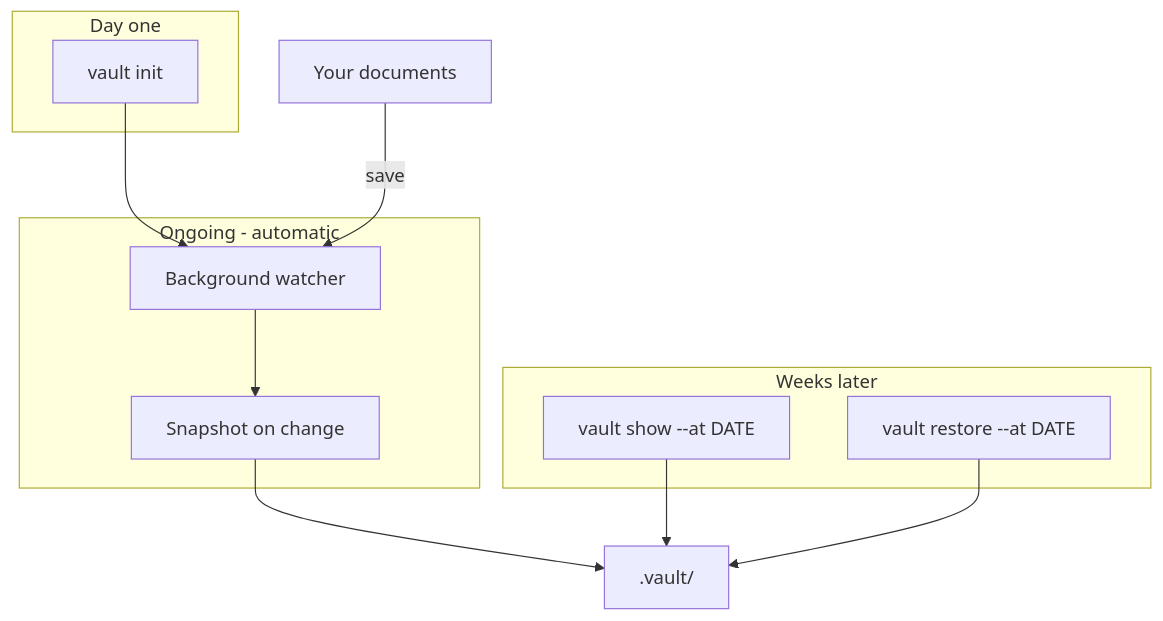
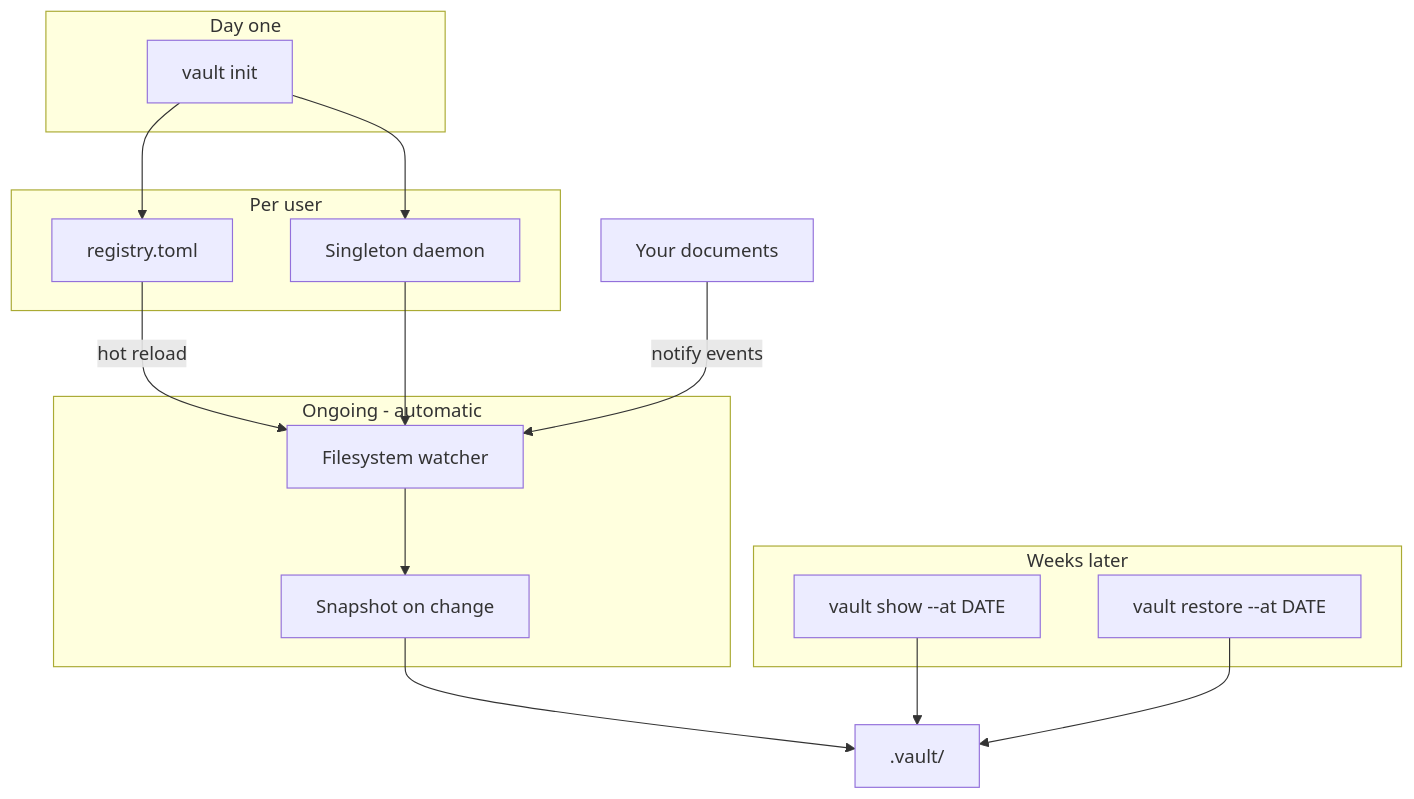
Before and after one commit to vadim-schultz/vault: the first of 2 diagrams in docs/src/architecture.md, drawn with Mermaid. The commit also changed other lines of this file and 37 other files, not shown here.

First line of the commit message:
feat(watcher): add singleton daemon with registry-driven multi-vault sync

````diff
--- a/docs/src/architecture.md
+++ b/docs/src/architecture.md
@@ -9,21 +9,28 @@
 ```mermaid
 flowchart TB
     subgraph dayOne [Day one]
         Init["vault init"]
     end
+    subgraph global [Per user]
+        Registry[registry.toml]
+        Daemon[Singleton daemon]
+    end
     subgraph ongoing [Ongoing - automatic]
-        Watcher[Background watcher]
+        Watcher[Filesystem watcher]
         Snap[Snapshot on change]
     end
     subgraph later [Weeks later]
         Show["vault show --at DATE"]
         Restore["vault restore --at DATE"]
     end
 
-    Init --> Watcher
-    Docs[Your documents] -->|save| Watcher
+    Init --> Registry
+    Init --> Daemon
+    Registry -->|hot reload| Watcher
+    Daemon --> Watcher
+    Docs[Your documents] -->|notify events| Watcher
     Watcher --> Snap
     Snap --> VaultStore[.vault/]
     Show --> VaultStore
     Restore --> VaultStore
 ```
````
